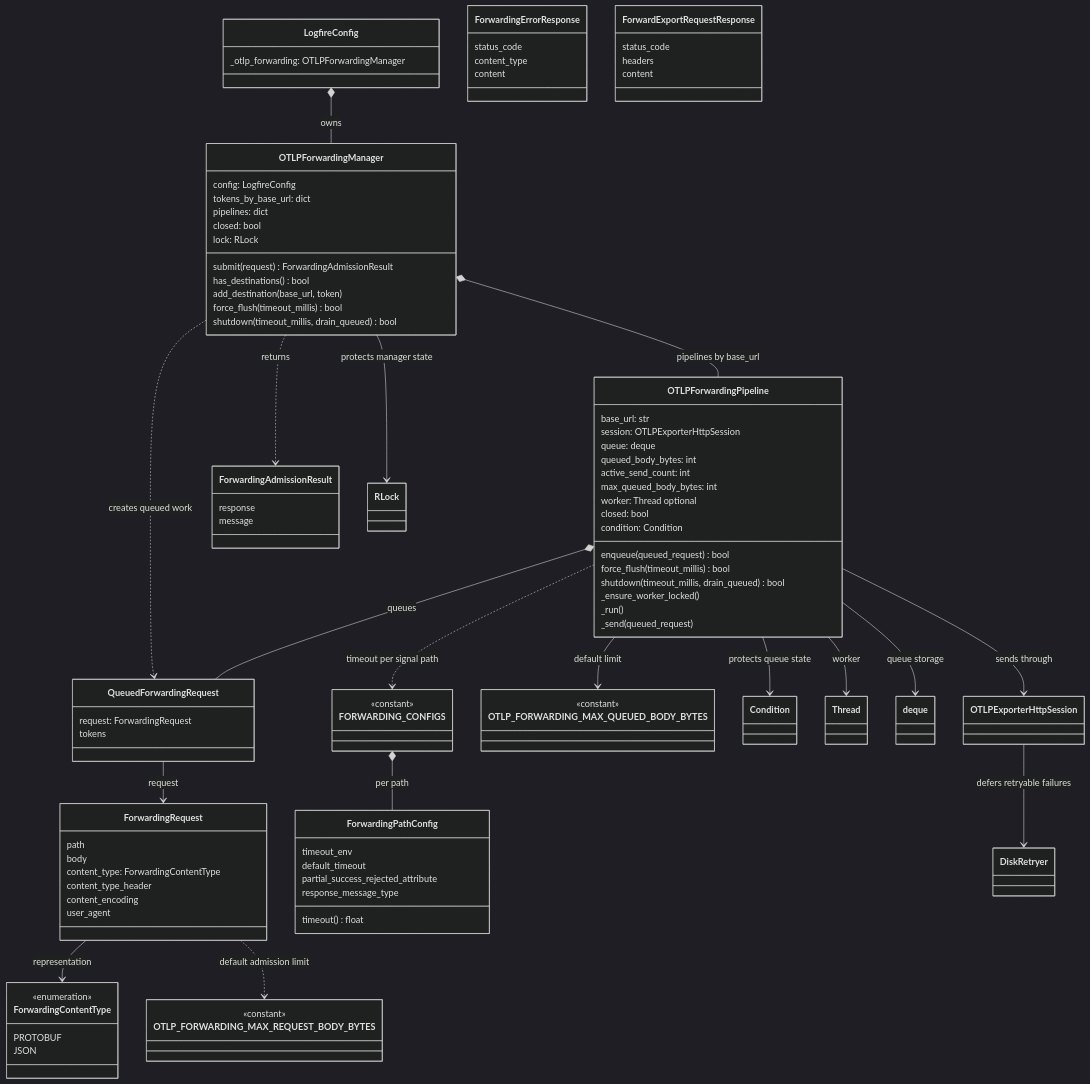
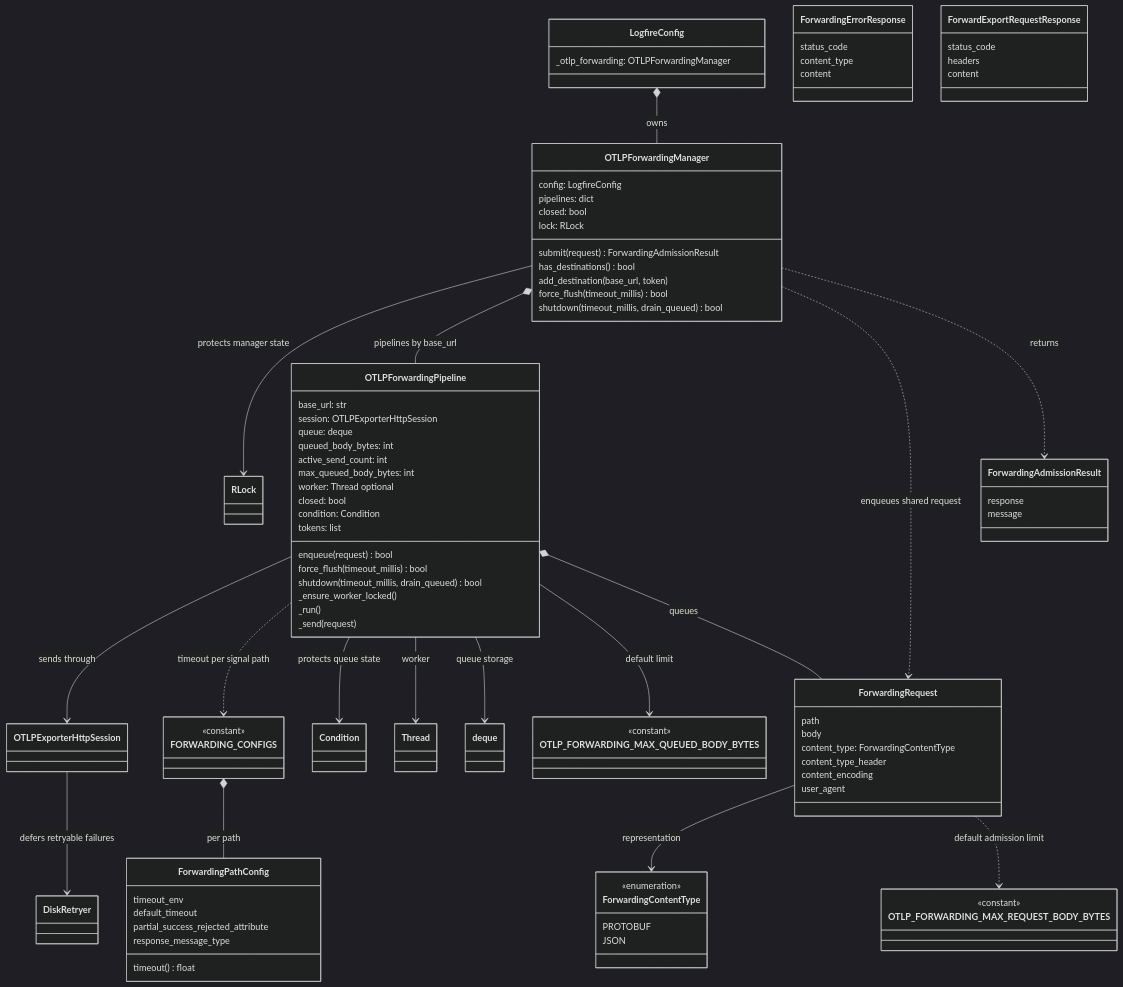
One commit to pydantic/logfire changed the third of 5 diagrams in specs/browser-telemetry-forwarding-first-pass/diagrams.md. Above: the diagram before and after it, drawn with Mermaid (dark theme). The commit also changed other lines of this file and 4 other files, not shown here.

Commit message:
Simplify forwarding pipeline token ownership

````diff
--- a/specs/browser-telemetry-forwarding-first-pass/diagrams.md
+++ b/specs/browser-telemetry-forwarding-first-pass/diagrams.md
@@ -73,7 +75,6 @@
 
     class OTLPForwardingManager {
         config: LogfireConfig
-        tokens_by_base_url: dict
         pipelines: dict
         closed: bool
         lock: RLock
@@ -94,12 +95,13 @@
         worker: Thread optional
         closed: bool
         condition: Condition
-        enqueue(queued_request) bool
+        tokens: list
+        enqueue(request) bool
         force_flush(timeout_millis) bool
         shutdown(timeout_millis, drain_queued) bool
         _ensure_worker_locked()
         _run()
-        _send(queued_request)
+        _send(request)
     }
 
     class ForwardingRequest {
@@ -115,11 +117,6 @@
         <<enumeration>>
         PROTOBUF
         JSON
-    }
-
-    class QueuedForwardingRequest {
-        request: ForwardingRequest
-        tokens
     }
 
     class ForwardingAdmissionResult {
@@ -169,7 +166,7 @@
     LogfireConfig *-- OTLPForwardingManager : owns
     OTLPForwardingManager --> RLock : protects manager state
     OTLPForwardingManager *-- OTLPForwardingPipeline : pipelines by base_url
-    OTLPForwardingManager ..> QueuedForwardingRequest : creates queued work
+    OTLPForwardingManager ..> ForwardingRequest : enqueues shared request
     OTLPForwardingManager ..> ForwardingAdmissionResult : returns
     OTLPForwardingPipeline --> OTLPExporterHttpSession : sends through
     OTLPForwardingPipeline ..> FORWARDING_CONFIGS : timeout per signal path
@@ -179,8 +176,7 @@
     OTLPForwardingPipeline --> Thread : worker
     OTLPForwardingPipeline --> deque : queue storage
     OTLPForwardingPipeline --> OTLP_FORWARDING_MAX_QUEUED_BODY_BYTES : default limit
-    OTLPForwardingPipeline *-- QueuedForwardingRequest : queues
-    QueuedForwardingRequest --> ForwardingRequest : request
+    OTLPForwardingPipeline *-- ForwardingRequest : queues
     ForwardingRequest --> ForwardingContentType : representation
     ForwardingRequest ..> OTLP_FORWARDING_MAX_REQUEST_BODY_BYTES : default admission limit
 ```
````
